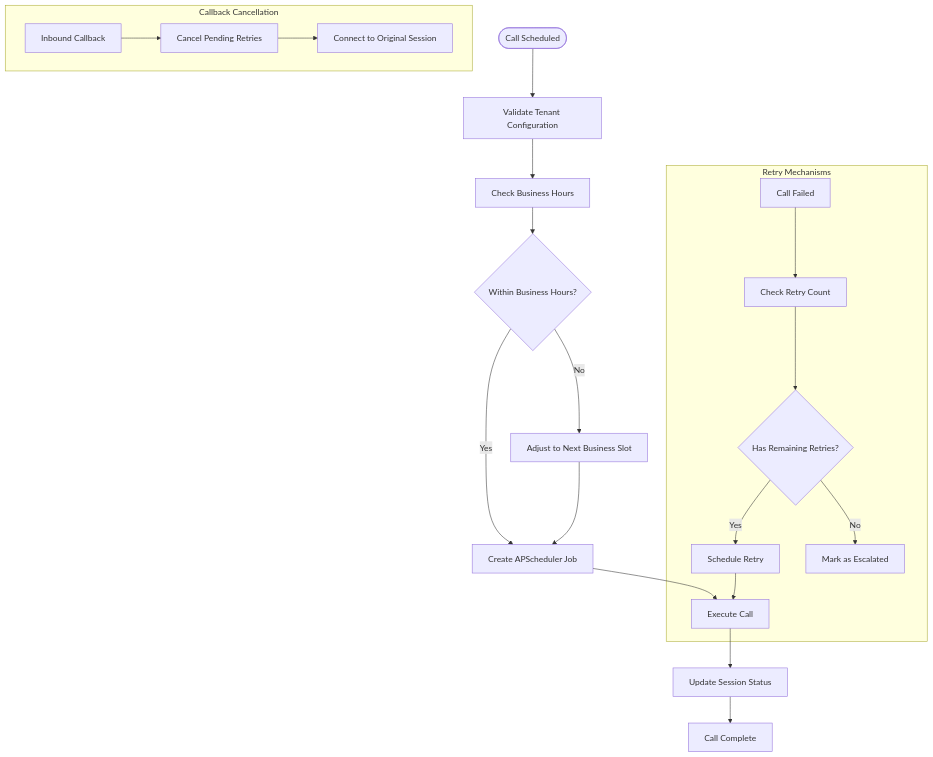
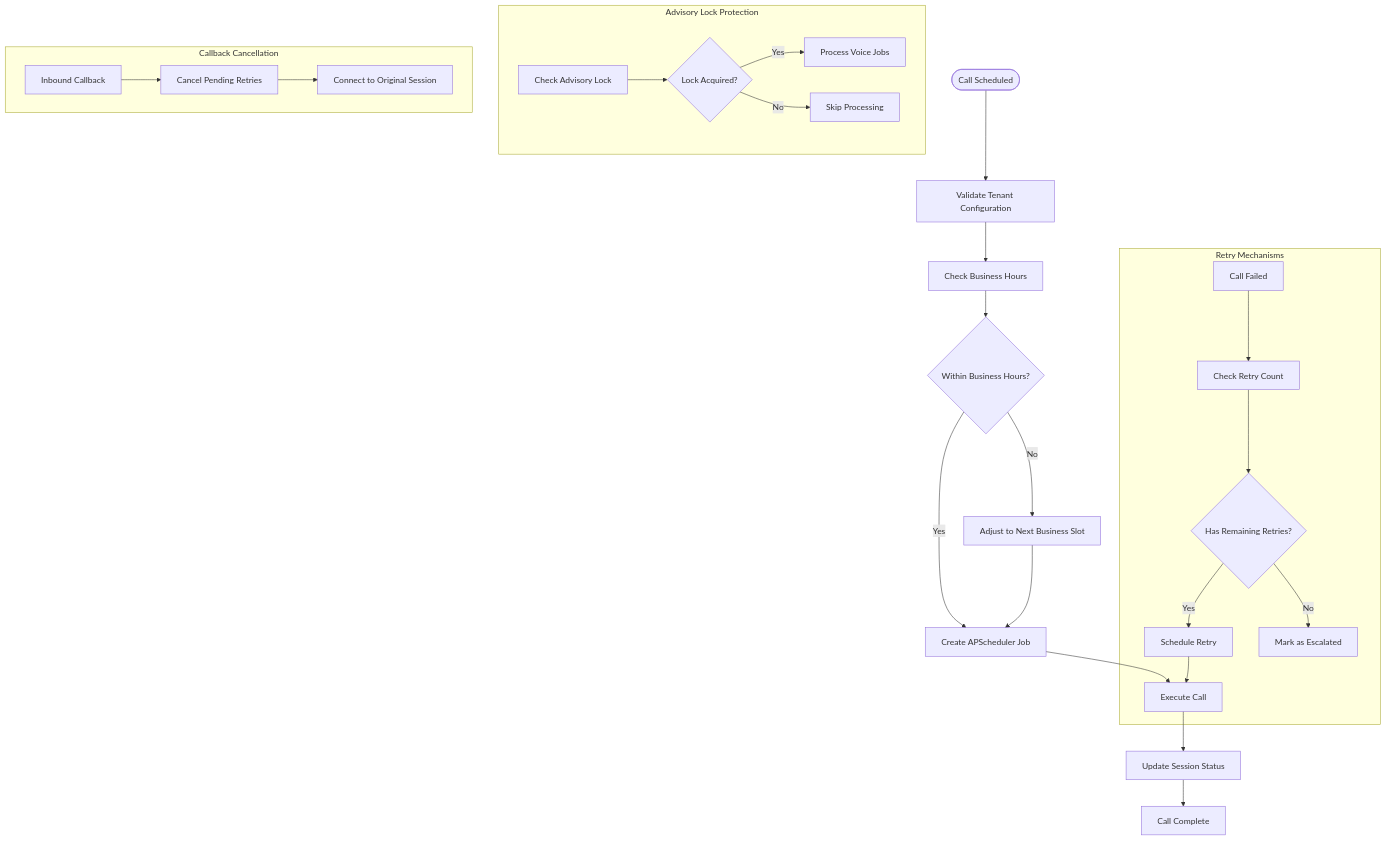
Before and after one commit to Revanththetalogics/aireume: diagram 16 of 20 in .qoder/repowiki/en/content/Advanced Topics/Voice Agent Conversation System.md, drawn with Mermaid. The commit also changed other lines of this file and 118 other files, not shown here.

````diff
--- a/.qoder/repowiki/en/content/Advanced Topics/Voice Agent Conversation System.md
+++ b/.qoder/repowiki/en/content/Advanced Topics/Voice Agent Conversation System.md
@@ -390,23 +635,28 @@
 ```mermaid
 flowchart TD
 Start([Call Scheduled]) --> ValidateConfig["Validate Tenant Configuration"]
 ValidateConfig --> CheckBusinessHours["Check Business Hours"]
 CheckBusinessHours --> WithinHours{"Within Business Hours?"}
 WithinHours --> |Yes| CreateJob["Create APScheduler Job"]
 WithinHours --> |No| AdjustTime["Adjust to Next Business Slot"]
 AdjustTime --> CreateJob
 CreateJob --> ExecuteCall["Execute Call"]
 ExecuteCall --> UpdateStatus["Update Session Status"]
 UpdateStatus --> CompleteCall["Call Complete"]
+subgraph "Advisory Lock Protection"
+LockCheck["Check Advisory Lock"] --> LockAcquired{"Lock Acquired?"}
+LockAcquired --> |Yes| ProcessJobs["Process Voice Jobs"]
+LockAcquired --> |No| SkipProcessing["Skip Processing"]
+end
 subgraph "Retry Mechanisms"
 FailedCall["Call Failed"] --> CheckRetries["Check Retry Count"]
 CheckRetries --> HasRetries{"Has Remaining Retries?"}
 HasRetries --> |Yes| ScheduleRetry["Schedule Retry"]
 HasRetries --> |No| MarkEscalated["Mark as Escalated"]
 ScheduleRetry --> ExecuteCall
 end
 subgraph "Callback Cancellation"
 InboundCall["Inbound Callback"] --> CancelRetries["Cancel Pending Retries"]
 CancelRetries --> ConnectToSession["Connect to Original Session"]
 end
 ```
````
